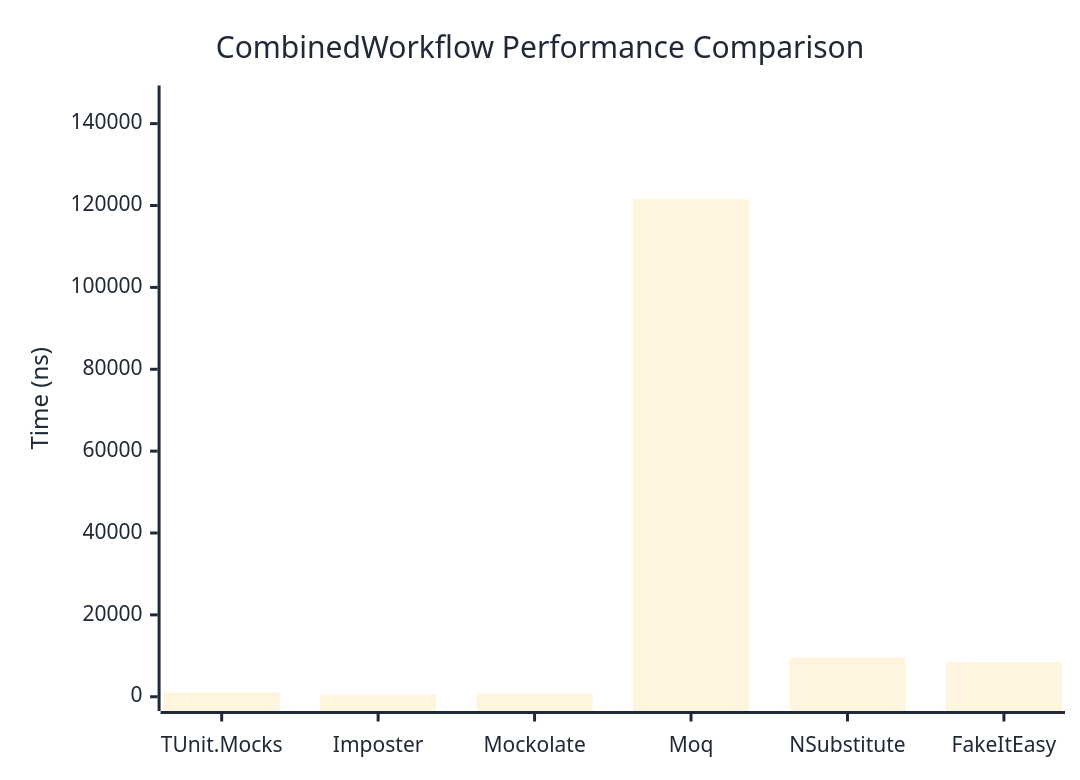
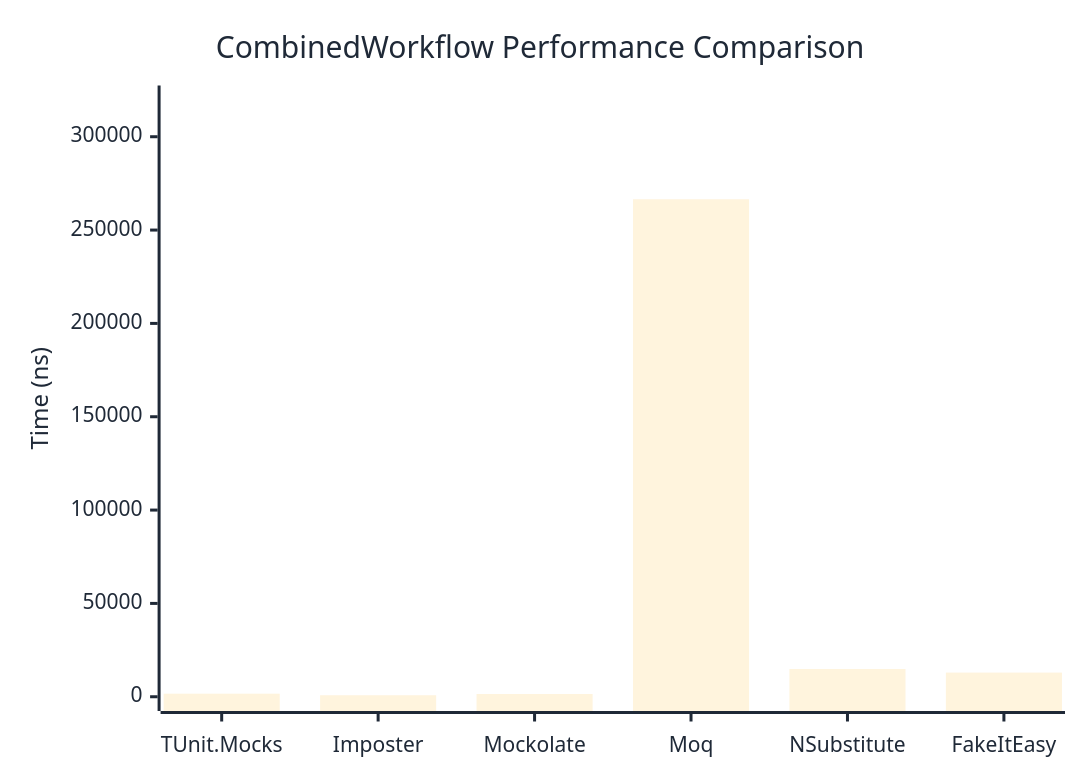
One commit to thomhurst/TUnit changed the diagram in docs/docs/benchmarks/mocks/CombinedWorkflow.md. Above: the diagram before and after it, drawn with Mermaid. The commit also changed other lines of this file and 14 other files, not shown here.

````diff
--- a/docs/docs/benchmarks/mocks/CombinedWorkflow.md
+++ b/docs/docs/benchmarks/mocks/CombinedWorkflow.md
@@ -30,27 +30,27 @@
 ```mermaid
 %%{init: {
   'theme':'base',
   'themeVariables': {
     'primaryColor': '#2563eb',
     'primaryTextColor': '#1f2937',
     'primaryBorderColor': '#1e40af',
     'lineColor': '#6b7280',
     'secondaryColor': '#7c3aed',
     'tertiaryColor': '#dc2626',
     'background': '#ffffff',
     'pie1': '#2563eb',
     'pie2': '#7c3aed',
     'pie3': '#dc2626',
     'pie4': '#f59e0b',
     'pie5': '#10b981',
     'pie6': '#06b6d4',
     'pie7': '#ec4899',
     'pie8': '#6366f1'
   }
 }}%%
 xychart-beta
   title "CombinedWorkflow Performance Comparison"
   x-axis ["TUnit.Mocks", "Imposter", "Mockolate", "Moq", "NSubstitute", "FakeItEasy"]
-  y-axis "Time (ns)" 0 --> 145833
-  bar [1014.7, 492.2, 848.3, 121527.5, 9571.4, 8469.4]
+  y-axis "Time (ns)" 0 --> 319809
+  bar [1640.6, 807.1, 1468.7, 266507, 14869.2, 12944.3]
 ```
````
